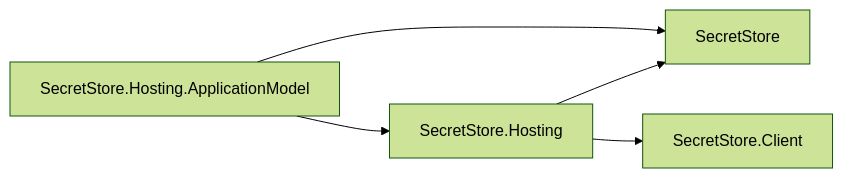
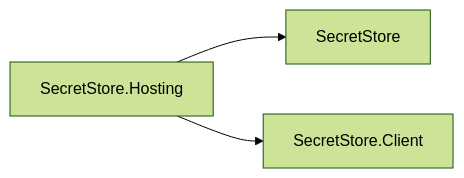
One commit to assimalign/cohesion changed diagram 26 of 27 in docs/DEPENDENCIES.md. Above: the diagram before and after it, drawn with Mermaid (forest theme). The commit also changed other lines of this file and 144 other files, not shown here.

First line of the commit message:
feat(fabric): add the fabric/ root with base application-model contracts

````diff
--- a/docs/DEPENDENCIES.md
+++ b/docs/DEPENDENCIES.md
@@ -974,11 +963,8 @@
 ```mermaid
 flowchart LR
     N0["SecretStore"]
     N1["SecretStore.Client"]
     N2["SecretStore.Hosting"]
-    N3["SecretStore.Hosting.ApplicationModel"]
     N2 --> N0
     N2 --> N1
-    N3 --> N0
-    N3 --> N2
 ```
````
